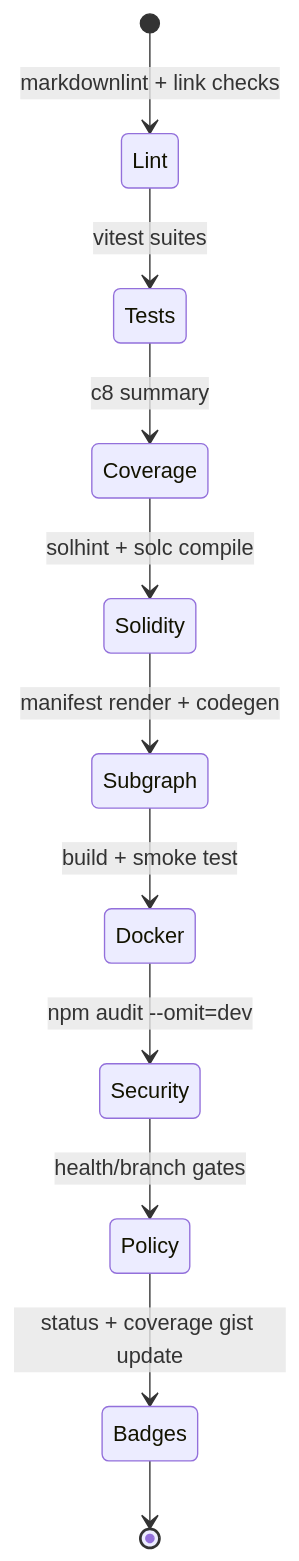
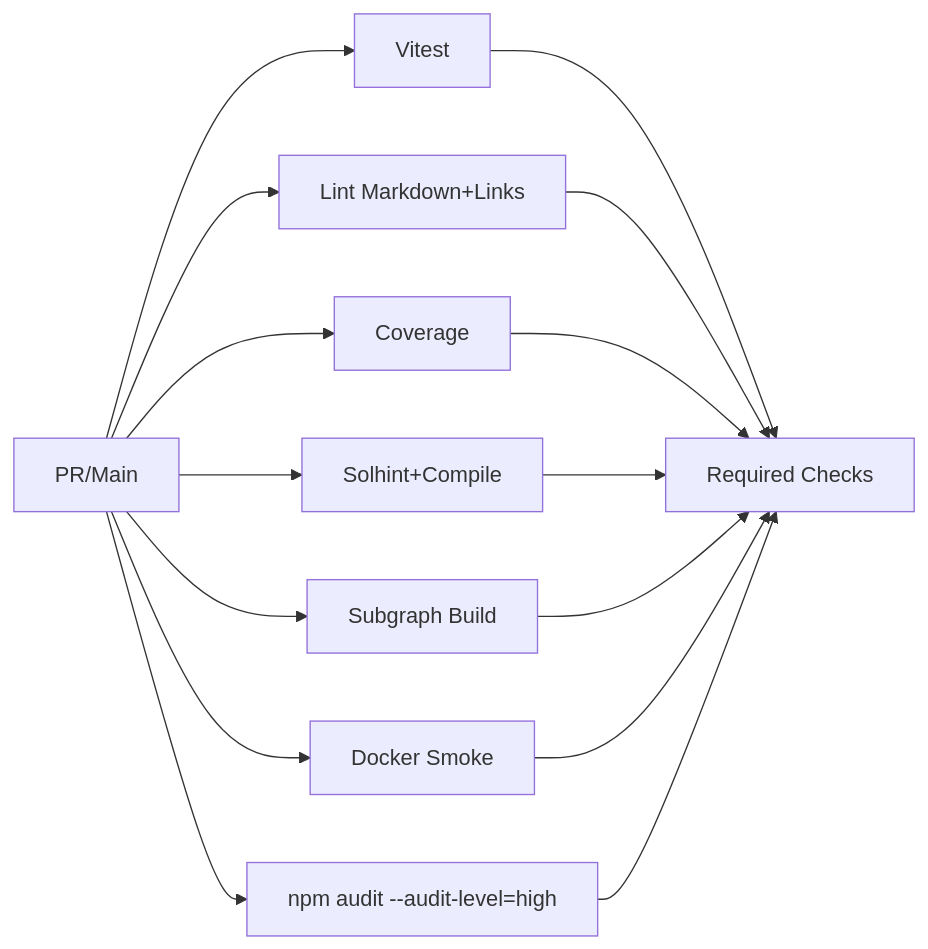
One commit to MontrealAI/AGI-Alpha-Node-v0 changed the fourth of 4 diagrams in README.md. Above: the diagram before and after it, drawn with Mermaid. The commit also changed other lines of this file, not shown here.

````diff
--- a/README.md
+++ b/README.md
@@ -378,13 +214,11 @@
 ```mermaid
-stateDiagram-v2
-  [*] --> Lint: markdownlint + link checks
-  Lint --> Tests: vitest suites
-  Tests --> Coverage: c8 summary
-  Coverage --> Solidity: solhint + solc compile
-  Solidity --> Subgraph: manifest render + codegen
-  Subgraph --> Docker: build + smoke test
-  Docker --> Security: npm audit --omit=dev
-  Security --> Policy: health/branch gates
-  Policy --> Badges: status + coverage gist update
-  Badges --> [*]
+flowchart LR
+  PR[PR/Main] --> Lint[Lint Markdown+Links]
+  PR --> Tests[Vitest]
+  PR --> Coverage[Coverage]
+  PR --> Solidity[Solhint+Compile]
+  PR --> Subgraph[Subgraph Build]
+  PR --> Docker[Docker Smoke]
+  PR --> Security[npm audit --audit-level=high]
+  Tests & Lint & Coverage & Solidity & Subgraph & Docker & Security --> Gate[Required Checks]
 ```
````
